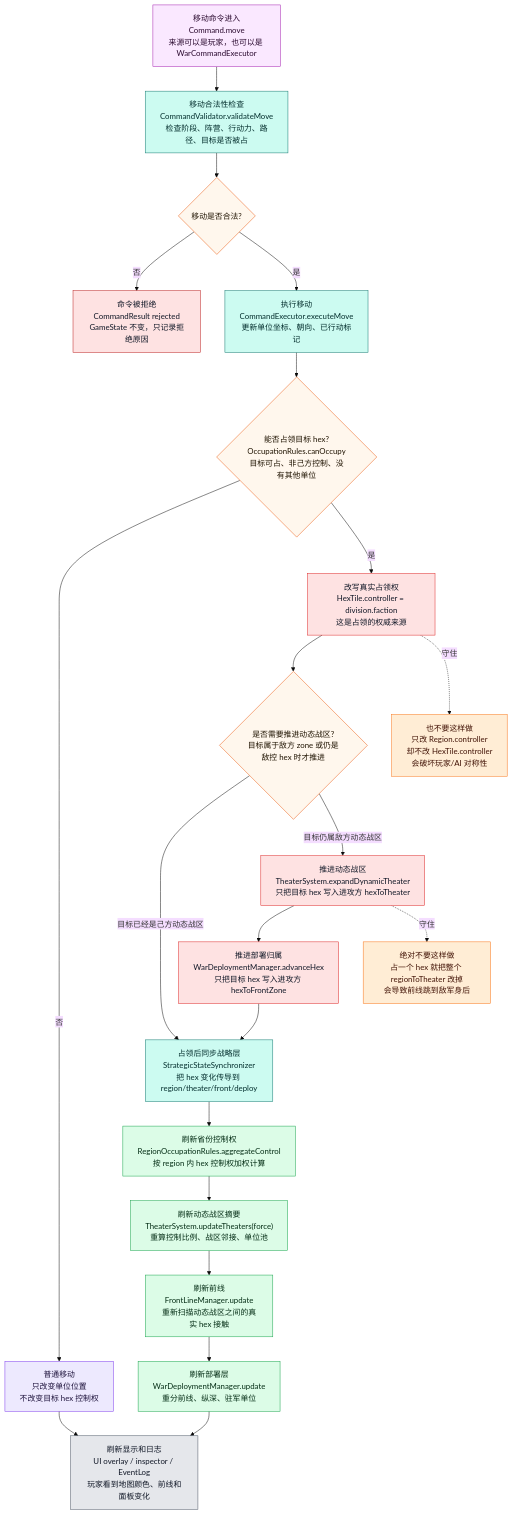
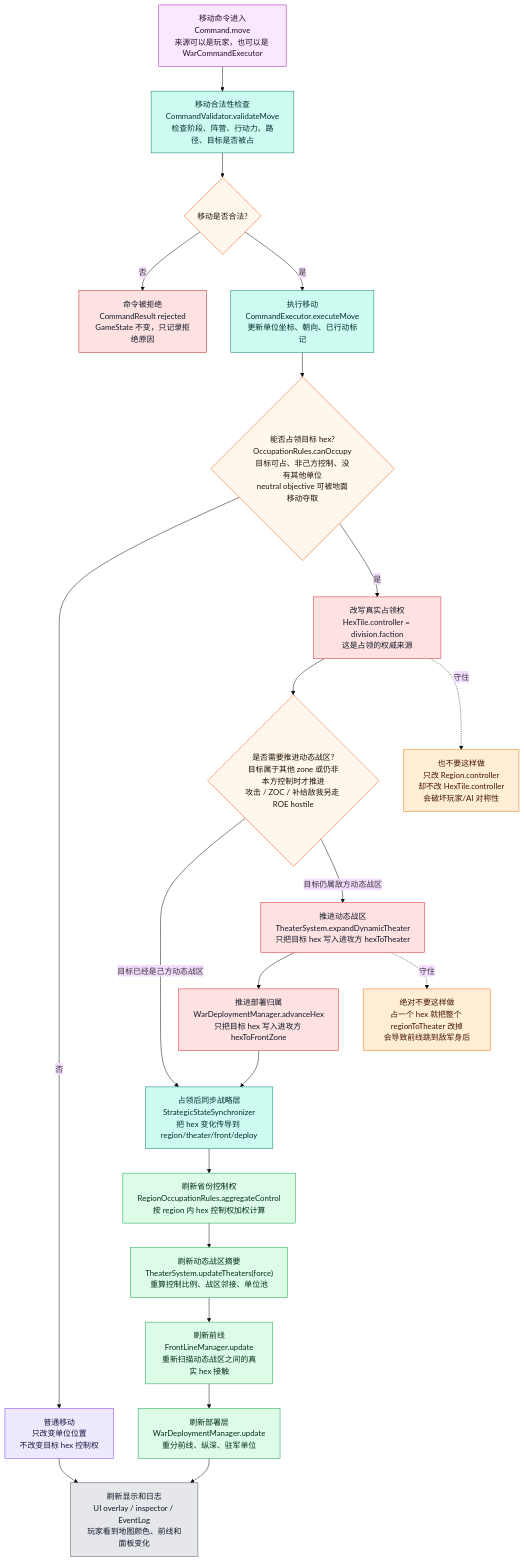
Before and after one commit to Altman-sam114/127: diagram 14 of 20 in md/flow/flowchart.md, drawn with Mermaid (base theme). The commit also changed 14 other files, not shown here.

````diff
--- a/md/flow/flowchart.md
+++ b/md/flow/flowchart.md
@@ -488,44 +488,44 @@
 ```mermaid
 flowchart TD
     A["移动命令进入<br/>Command.move<br/>来源可以是玩家，也可以是 WarCommandExecutor"]:::command
     B["移动合法性检查<br/>CommandValidator.validateMove<br/>检查阶段、阵营、行动力、路径、目标是否被占"]:::rules
     C{"移动是否合法?"}:::decision
     R["命令被拒绝<br/>CommandResult rejected<br/>GameState 不变，只记录拒绝原因"]:::stop
     M["执行移动<br/>CommandExecutor.executeMove<br/>更新单位坐标、朝向、已行动标记"]:::rules
-    O{"能否占领目标 hex?<br/>OccupationRules.canOccupy<br/>目标可占、非己方控制、没有其他单位"}:::decision
+    O{"能否占领目标 hex?<br/>OccupationRules.canOccupy<br/>目标可占、非己方控制、没有其他单位<br/>neutral objective 可被地面移动夺取"}:::decision
     NO["普通移动<br/>只改变单位位置<br/>不改变目标 hex 控制权"]:::state
     HC["改写真实占领权<br/>HexTile.controller = division.faction<br/>这是占领的权威来源"]:::authority
-    SA{"是否需要推进动态战区?<br/>目标属于敌方 zone 或仍是敌控 hex 时才推进"}:::decision
+    SA{"是否需要推进动态战区?<br/>目标属于其他 zone 或仍非本方控制时才推进<br/>攻击 / ZOC / 补给敌我另走 ROE hostile"}:::decision
     ET["推进动态战区<br/>TheaterSystem.expandDynamicTheater<br/>只把目标 hex 写入进攻方 hexToTheater"]:::authority
     AF["推进部署归属<br/>WarDeploymentManager.advanceHex<br/>只把目标 hex 写入进攻方 hexToFrontZone"]:::authority
     SS["占领后同步战略层<br/>StrategicStateSynchronizer<br/>把 hex 变化传导到 region/theater/front/deploy"]:::rules
     RO["刷新省份控制权<br/>RegionOccupationRules.aggregateControl<br/>按 region 内 hex 控制权加权计算"]:::derived
     TU["刷新动态战区摘要<br/>TheaterSystem.updateTheaters(force)<br/>重算控制比例、战区邻接、单位池"]:::derived
     FU["刷新前线<br/>FrontLineManager.update<br/>重新扫描动态战区之间的真实 hex 接触"]:::derived
     DU["刷新部署层<br/>WarDeploymentManager.update<br/>重分前线、纵深、驻军单位"]:::derived
     UI["刷新显示和日志<br/>UI overlay / inspector / EventLog<br/>玩家看到地图颜色、前线和面板变化"]:::ui
 
     A --> B --> C
     C -->|否| R
     C -->|是| M --> O
     O -->|否| NO --> UI
     O -->|是| HC --> SA
     SA -->|目标已经是己方动态战区| SS
     SA -->|目标仍属敌方动态战区| ET --> AF --> SS
     SS --> RO --> TU --> FU --> DU --> UI
 
     WARN1["绝对不要这样做<br/>占一个 hex 就把整个 regionToTheater 改掉<br/>会导致前线跳到敌军身后"]:::warn
     WARN2["也不要这样做<br/>只改 Region.controller<br/>却不改 HexTile.controller<br/>会破坏玩家/AI 对称性"]:::warn
     ET -.守住.-> WARN1
     HC -.守住.-> WARN2
 
     classDef command fill:#fae8ff,stroke:#a21caf,color:#2a0a2f
     classDef rules fill:#ccfbf1,stroke:#0f766e,color:#042f2e
     classDef decision fill:#fff7ed,stroke:#ea580c,color:#1f1300
     classDef stop fill:#fee2e2,stroke:#b91c1c,color:#111827
     classDef state fill:#ede9fe,stroke:#7c3aed,color:#1f143d
     classDef authority fill:#fee2e2,stroke:#dc2626,color:#111827
     classDef derived fill:#dcfce7,stroke:#16a34a,color:#052e16
     classDef ui fill:#e5e7eb,stroke:#4b5563,color:#111827
     classDef warn fill:#ffedd5,stroke:#f97316,color:#431407
 ```
````
